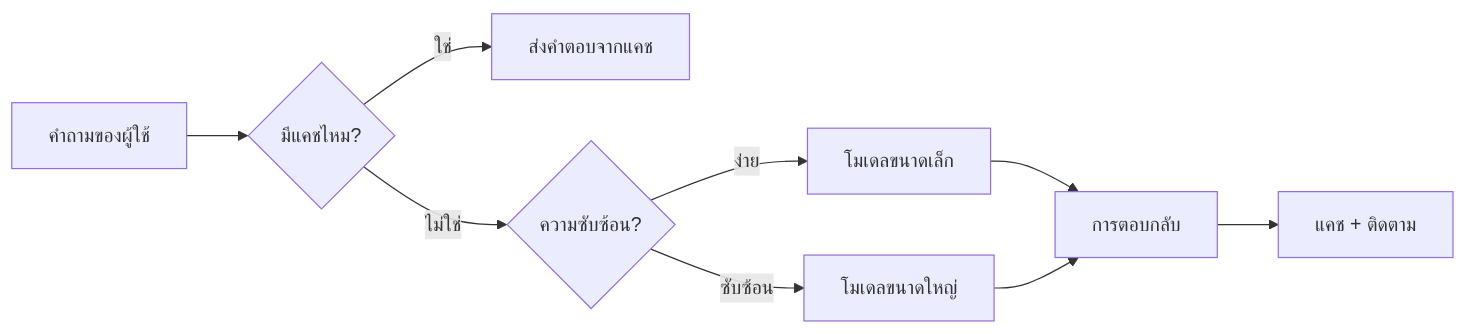
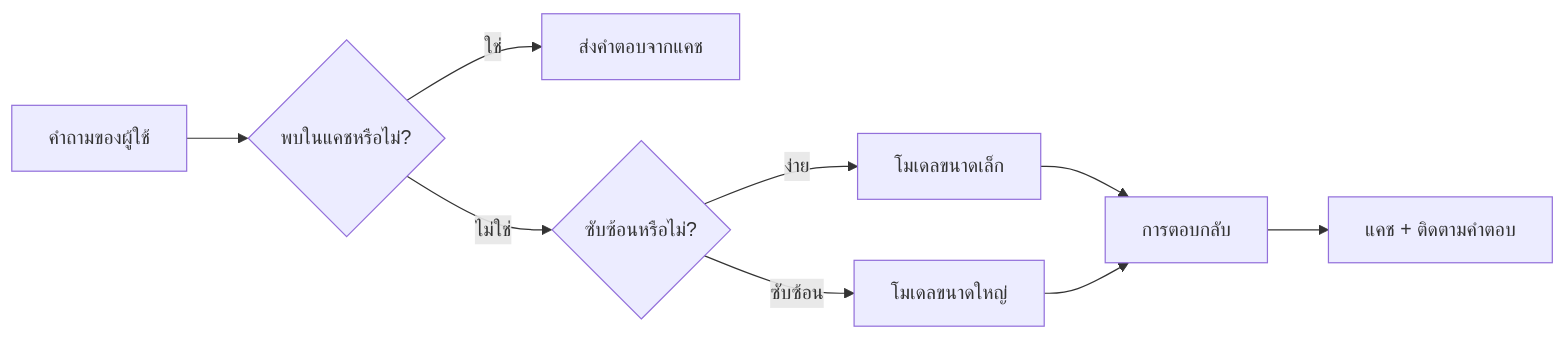
The third of 4 diagrams in mirrors/repos/microsoft@ai-agents-for-beginners/translations/th/16-deploying-scalable-agents/README.md (gabrielmoreira/agent-skills-mirror), drawn with Mermaid before and after one commit. The commit also changed other lines of this file and 3581 other files, not shown here.

````diff
--- a/mirrors/repos/microsoft@ai-agents-for-beginners/translations/th/16-deploying-scalable-agents/README.md
+++ b/mirrors/repos/microsoft@ai-agents-for-beginners/translations/th/16-deploying-scalable-agents/README.md
@@ -134,11 +134,11 @@
 ```mermaid
 flowchart LR
-    Q[คำถามของผู้ใช้] --> C{มีแคชไหม?}
+    Q[คำถามของผู้ใช้] --> C{พบในแคชหรือไม่?}
     C -->|ใช่| R[ส่งคำตอบจากแคช]
-    C -->|ไม่ใช่| Router{ความซับซ้อน?}
+    C -->|ไม่ใช่| Router{ซับซ้อนหรือไม่?}
     Router -->|ง่าย| SLM[โมเดลขนาดเล็ก]
     Router -->|ซับซ้อน| LLM[โมเดลขนาดใหญ่]
     SLM --> Out[การตอบกลับ]
     LLM --> Out
-    Out --> Store[แคช + ติดตาม]
+    Out --> Store[แคช + ติดตามคำตอบ]
 ```
````
